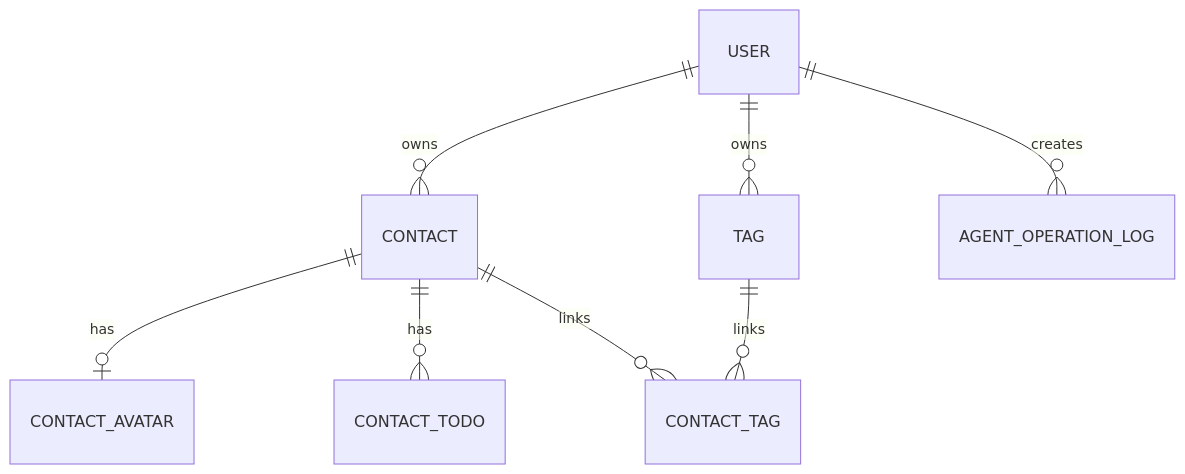
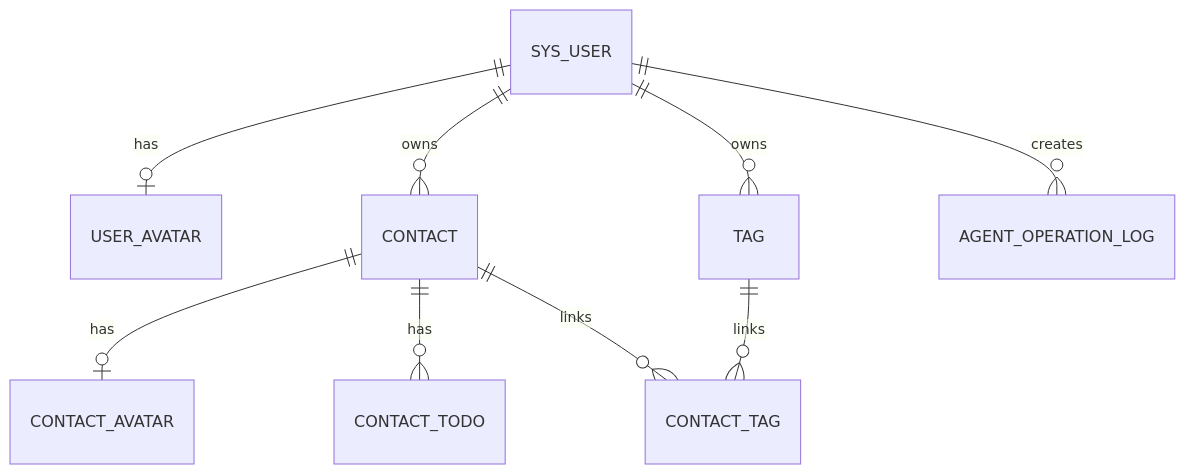
Before and after one commit to weiqiang612/Personal-CRM-Intelligent-Contact-Management-Platform: the diagram in docs/2-designs/db_schema.md, drawn with Mermaid. The commit also changed other lines of this file and 17 other files, not shown here.

````diff
--- a/docs/2-designs/db_schema.md
+++ b/docs/2-designs/db_schema.md
@@ -10,10 +10,11 @@
 ```mermaid
 erDiagram
-    USER ||--o{ CONTACT : owns
-    USER ||--o{ TAG : owns
+    SYS_USER ||--o| USER_AVATAR : has
+    SYS_USER ||--o{ CONTACT : owns
     CONTACT ||--o| CONTACT_AVATAR : has
     CONTACT ||--o{ CONTACT_TODO : has
+    SYS_USER ||--o{ TAG : owns
     CONTACT ||--o{ CONTACT_TAG : links
     TAG ||--o{ CONTACT_TAG : links
-    USER ||--o{ AGENT_OPERATION_LOG : creates
+    SYS_USER ||--o{ AGENT_OPERATION_LOG : creates
 ```
````
